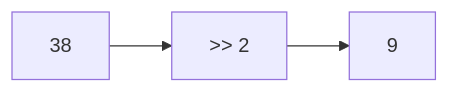
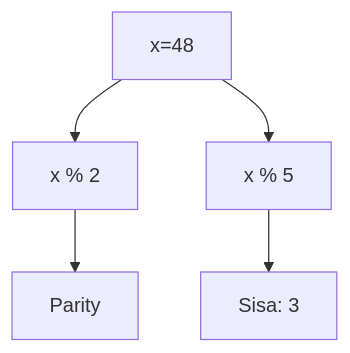
Before and after one commit to amnahwaida/OSNK_INF_PREP: diagram 13 of 25 in part-c-pemahaman-cpp/06-bitwise/latihan/set-06.md, drawn with Mermaid. The commit also changed other lines of this file and 71 other files, not shown here.

````diff
--- a/part-c-pemahaman-cpp/06-bitwise/latihan/set-06.md
+++ b/part-c-pemahaman-cpp/06-bitwise/latihan/set-06.md
@@ -293,5 +387,7 @@
 ```mermaid
-graph LR
-    A[38] --> B[">> 2"]
-    B --> C[9]
+graph TD
+A[x=48] --> B[x % 2]
+B --> C[Parity]
+A --> D[x % 5]
+D --> E[Sisa: 3]
 ```
````
